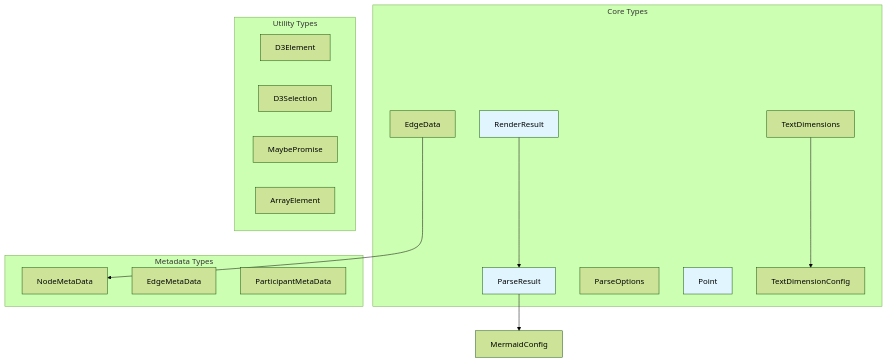
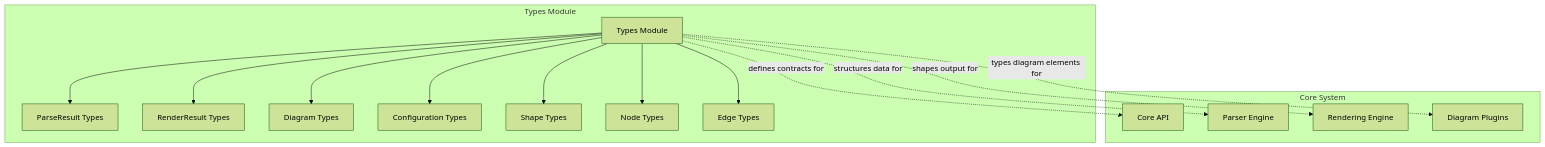
One commit to FSoft-AI4Code/codewiki-demo changed the first of 4 diagrams in docs/mermaid-js--mermaid-docs/types.md. Above: the diagram before and after it, drawn with Mermaid (forest theme). The commit also changed other lines of this file and 1103 other files, not shown here.

````diff
--- a/docs/mermaid-js--mermaid-docs/types.md
+++ b/docs/mermaid-js--mermaid-docs/types.md
@@ -11,34 +17,25 @@
 ```mermaid
-graph TD
-    subgraph "Core Types"
-        ParseResult[ParseResult]
-        RenderResult[RenderResult]
-        ParseOptions[ParseOptions]
-        Point[Point]
-        EdgeData[EdgeData]
-        TextDimensions[TextDimensions]
-        TextDimensionConfig[TextDimensionConfig]
+graph TB
+    subgraph "Types Module"
+        T[Types Module]
+        T --> PT[ParseResult Types]
+        T --> RT[RenderResult Types]
+        T --> DT[Diagram Types]
+        T --> CT[Configuration Types]
+        T --> ST[Shape Types]
+        T --> NT[Node Types]
+        T --> ET[Edge Types]
     end
     
-    subgraph "Metadata Types"
-        NodeMetaData[NodeMetaData]
-        EdgeMetaData[EdgeMetaData]
-        ParticipantMetaData[ParticipantMetaData]
+    subgraph "Core System"
+        C[Core API]
+        P[Parser Engine]
+        R[Rendering Engine]
+        D[Diagram Plugins]
     end
     
-    subgraph "Utility Types"
-        D3Element[D3Element]
-        D3Selection[D3Selection]
-        MaybePromise[MaybePromise]
-        ArrayElement[ArrayElement]
-    end
-    
-    ParseResult --> MermaidConfig[MermaidConfig]
-    RenderResult --> ParseResult
-    TextDimensions --> TextDimensionConfig
-    EdgeData --> NodeMetaData
-    
-    style ParseResult fill:#e1f5fe
-    style RenderResult fill:#e1f5fe
-    style Point fill:#e1f5fe
+    T -.->|"defines contracts for"| C
+    T -.->|"structures data for"| P
+    T -.->|"shapes output for"| R
+    T -.->|"types diagram elements for"| D
 ```
````
